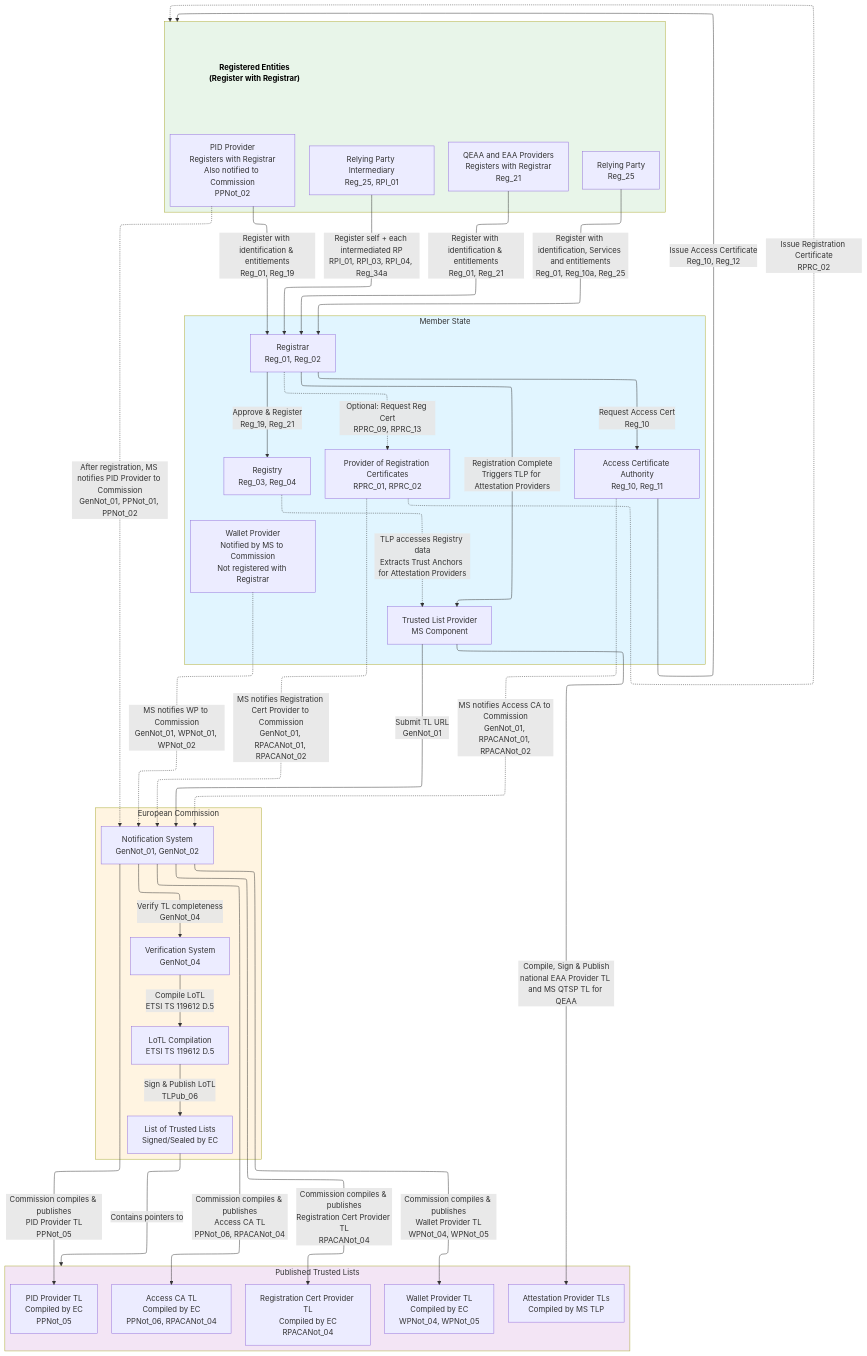
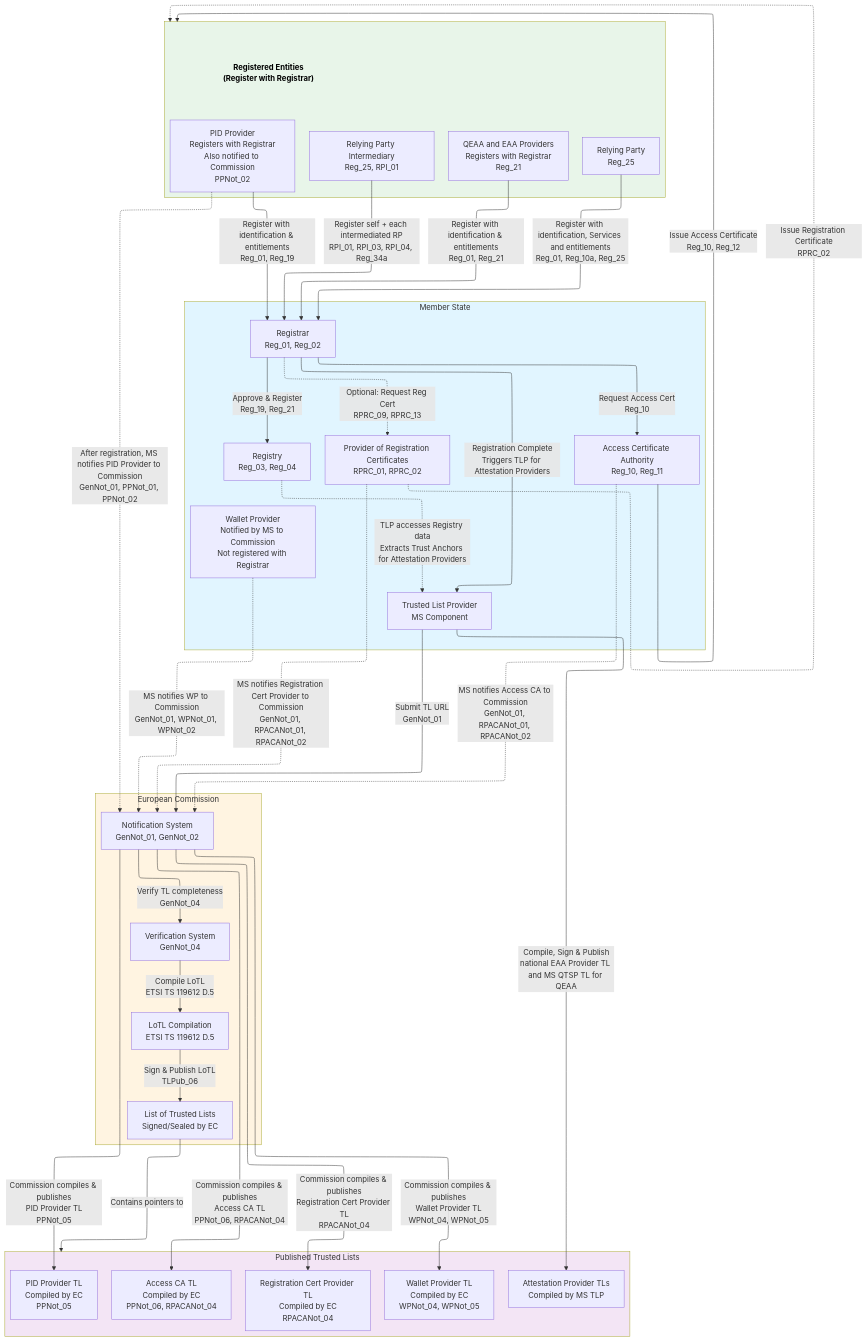
One commit to WimCoulier/architecture changed the first of 5 diagrams in blueprint/appendix-trust-ecosystem.md. Above: the diagram before and after it, drawn with Mermaid. The commit also changed other lines of this file, not shown here.

Commit message:
Drop superseded duplicates left by batched suggestions
The same insert-instead-of-replace pattern that broke the two mermaid
blocks also left three superseded fragments behind:

* The trust-infrastructure overview graph redeclared `RP` and repeated two
  `EntitiesTitle ~~~` links from the pre-suggestion version, before the new
  RP/RPI block that supersedes them.
* The "Relying Party Registration & Access Certificates" section opened with
  the old paragraph (Relying Party Instance, optional WRPRC, Registry
  lookup) immediately followed by the new one (Services, automatic WRPRCs,
  WRPRC by value).
* "Validation Functions for Relying Parties" had both the old and the new
  "Wallet and RP side" bullet.

Kept the newer text in each case; no wording changed.

````diff
--- a/blueprint/appendix-trust-ecosystem.md
+++ b/blueprint/appendix-trust-ecosystem.md
@@ -54,80 +54,77 @@
 ```mermaid
 %%{init: {"flowchart": {"defaultRenderer": "elk"}} }%%
 graph TB
     classDef titleBox fill:none,stroke:none,font-weight:bold,font-size:16px,color:black;
 
     subgraph MS["Member State"]
         Registrar[Registrar<br/>Reg_01, Reg_02]
         AccessCA[Access Certificate Authority<br/>Reg_10, Reg_11]
         RegCertProv[Provider of Registration Certificates<br/>RPRC_01, RPRC_02]
         TLProvider[Trusted List Provider<br/>MS Component]
         Registry[Registry<br/>Reg_03, Reg_04]
         WP[Wallet Provider<br/>Notified by MS to Commission<br/>Not registered with Registrar]
         Registry ~~~ WP
     end
 
     subgraph EC["European Commission"]
         ECNotify[Notification System<br/>GenNot_01, GenNot_02]
         ECVerify[Verification System<br/>GenNot_04]
         LoTLCompile[LoTL Compilation<br/>ETSI TS 119612 D.5]
         LoTL[List of Trusted Lists<br/>Signed/Sealed by EC]
     end
 
     subgraph EntitiesScope[ ]
         EntitiesTitle["Registered Entities<br/>(Register with Registrar)"]:::titleBox
         PID[PID Provider<br/>Registers with Registrar<br/>Also notified to Commission<br/>PPNot_02]
         AP[QEAA and EAA Providers<br/>Registers with Registrar<br/>Reg_21]
-        RP[Relying Party<br/>Reg_25]
-        EntitiesTitle ~~~ PID
-        EntitiesTitle ~~~ AP
         RP[Relying Party<br/>Reg_25]
         RPI[Relying Party Intermediary<br/>Reg_25, RPI_01]
         EntitiesTitle ~~~ PID
         EntitiesTitle ~~~ AP
         EntitiesTitle ~~~ RP
         EntitiesTitle ~~~ RPI
     end
 
     subgraph TL["Published Trusted Lists"]
         WPTL[Wallet Provider TL<br/>Compiled by EC<br/>WPNot_04, WPNot_05]
         PIDTL[PID Provider TL<br/>Compiled by EC<br/>PPNot_05]
         APTL[Attestation Provider TLs<br/>Compiled by MS TLP]
         ACATL[Access CA TL<br/>Compiled by EC<br/>PPNot_06, RPACANot_04]
         RegCertTL[Registration Cert Provider TL<br/>Compiled by EC<br/>RPACANot_04]
     end
 
     PID -->|Register with identification & entitlements<br/>Reg_01, Reg_19| Registrar
     AP -->|Register with identification & entitlements<br/>Reg_01, Reg_21| Registrar
     RP -->|Register with identification, Services and entitlements<br/>Reg_01, Reg_10a, Reg_25| Registrar
     RPI -->|Register self + each intermediated RP<br/>RPI_01, RPI_03, RPI_04, Reg_34a| Registrar
 
     WP -.->|MS notifies WP to Commission<br/>GenNot_01, WPNot_01, WPNot_02| ECNotify
     PID -.->|After registration, MS notifies PID Provider to Commission<br/>GenNot_01, PPNot_01, PPNot_02| ECNotify
     AccessCA -.->|MS notifies Access CA to Commission<br/>GenNot_01, RPACANot_01, RPACANot_02| ECNotify
     RegCertProv -.->|MS notifies Registration Cert Provider to Commission<br/>GenNot_01, RPACANot_01, RPACANot_02| ECNotify
 
     Registrar -->|Approve & Register<br/>Reg_19, Reg_21| Registry
     Registrar -->|Request Access Cert<br/>Reg_10| AccessCA
     AccessCA -->|Issue Access Certificate<br/>Reg_10, Reg_12| EntitiesScope
     Registrar -.->|Optional: Request Reg Cert<br/>RPRC_09, RPRC_13| RegCertProv
     RegCertProv -.->|Issue Registration Certificate<br/>RPRC_02| EntitiesScope
 
     Registrar -->|Registration Complete<br/>Triggers TLP for Attestation Providers| TLProvider
     Registry -.->|TLP accesses Registry data<br/>Extracts Trust Anchors for Attestation Providers| TLProvider
 
     TLProvider -->|Compile, Sign & Publish<br/>national EAA Provider TL and MS QTSP TL for QEAA| APTL
     TLProvider -->|Submit TL URL<br/>GenNot_01| ECNotify
     ECNotify -->|Commission compiles & publishes<br/>Wallet Provider TL<br/>WPNot_04, WPNot_05| WPTL
     ECNotify -->|Commission compiles & publishes<br/>PID Provider TL<br/>PPNot_05| PIDTL
     ECNotify -->|Commission compiles & publishes<br/>Access CA TL<br/>PPNot_06, RPACANot_04| ACATL
     ECNotify -->|Commission compiles & publishes<br/>Registration Cert Provider TL<br/>RPACANot_04| RegCertTL
     ECNotify -->|Verify TL completeness<br/>GenNot_04| ECVerify
     ECVerify -->|Compile LoTL<br/>ETSI TS 119612 D.5| LoTLCompile
     LoTLCompile -->|Sign & Publish LoTL<br/>TLPub_06| LoTL
     LoTL -->|Contains pointers to| TL
 
     style MS fill:#e1f5ff
     style EC fill:#fff4e1
     style EntitiesScope fill:#e8f5e9
     style TL fill:#f3e5f5
 ```
````
